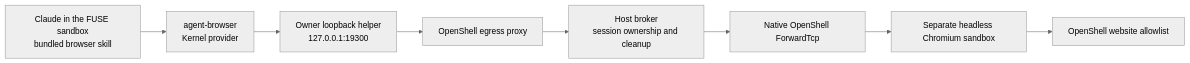
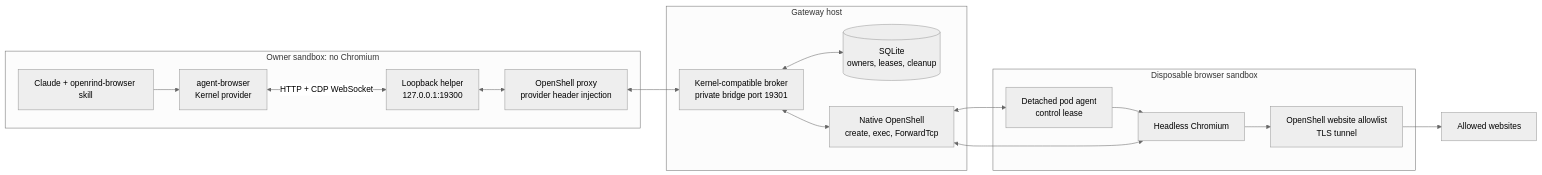
One commit to Pavitra-programmers/openeral changed the second of 2 diagrams in README.md. Above: the diagram before and after it, drawn with Mermaid (neutral theme). The commit also changed other lines of this file and 27 other files, not shown here.

Commit message:
Fix browser-pod runtime and document verified setup

````diff
--- a/README.md
+++ b/README.md
@@ -89,10 +160,23 @@
 ```mermaid
 flowchart LR
-  agent["Claude in the FUSE sandbox<br/>bundled browser skill"] --> cli["agent-browser<br/>Kernel provider"]
-  cli --> helper["Owner loopback helper<br/>127.0.0.1:19300"]
-  helper --> proxy["OpenShell egress proxy"]
-  proxy --> broker["Host broker<br/>session ownership and cleanup"]
-  broker --> forward["Native OpenShell ForwardTcp"]
-  forward --> pod["Separate headless Chromium sandbox"]
-  pod --> policy["OpenShell website allowlist"]
+  subgraph owner["Owner sandbox: no Chromium"]
+    agent["Claude + openrind-browser skill"] --> client["agent-browser<br/>Kernel provider"]
+    client <-->|"HTTP + CDP WebSocket"| helper["Loopback helper<br/>127.0.0.1:19300"]
+    helper <--> ownerproxy["OpenShell proxy<br/>provider header injection"]
+  end
+  subgraph host["Gateway host"]
+    broker["Kernel-compatible broker<br/>private bridge port 19301"]
+    registry[("SQLite<br/>owners, leases, cleanup")]
+    forward["Native OpenShell<br/>create, exec, ForwardTcp"]
+    broker <--> registry
+    broker <--> forward
+  end
+  subgraph browser["Disposable browser sandbox"]
+    podagent["Detached pod agent<br/>control lease"] --> chrome["Headless Chromium"]
+    chrome --> webproxy["OpenShell website allowlist<br/>TLS tunnel"]
+  end
+  ownerproxy <--> broker
+  forward <--> podagent
+  forward <--> chrome
+  webproxy --> web["Allowed websites"]
 ```
````
